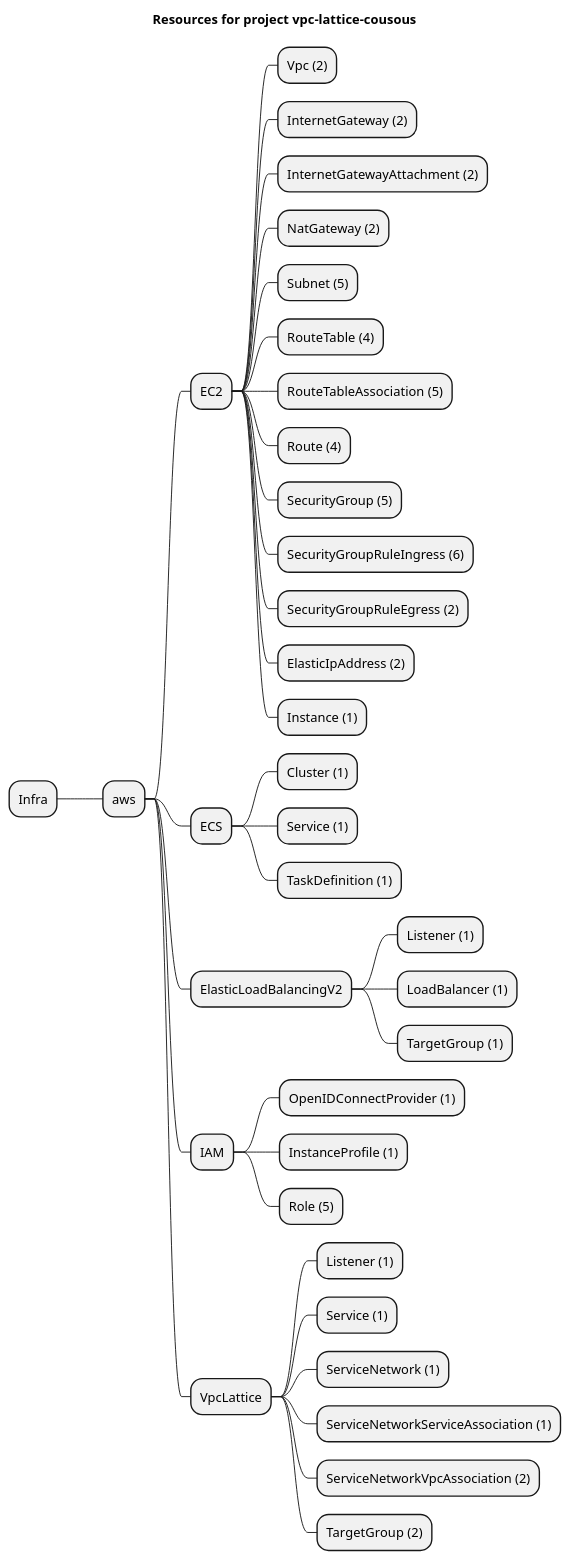
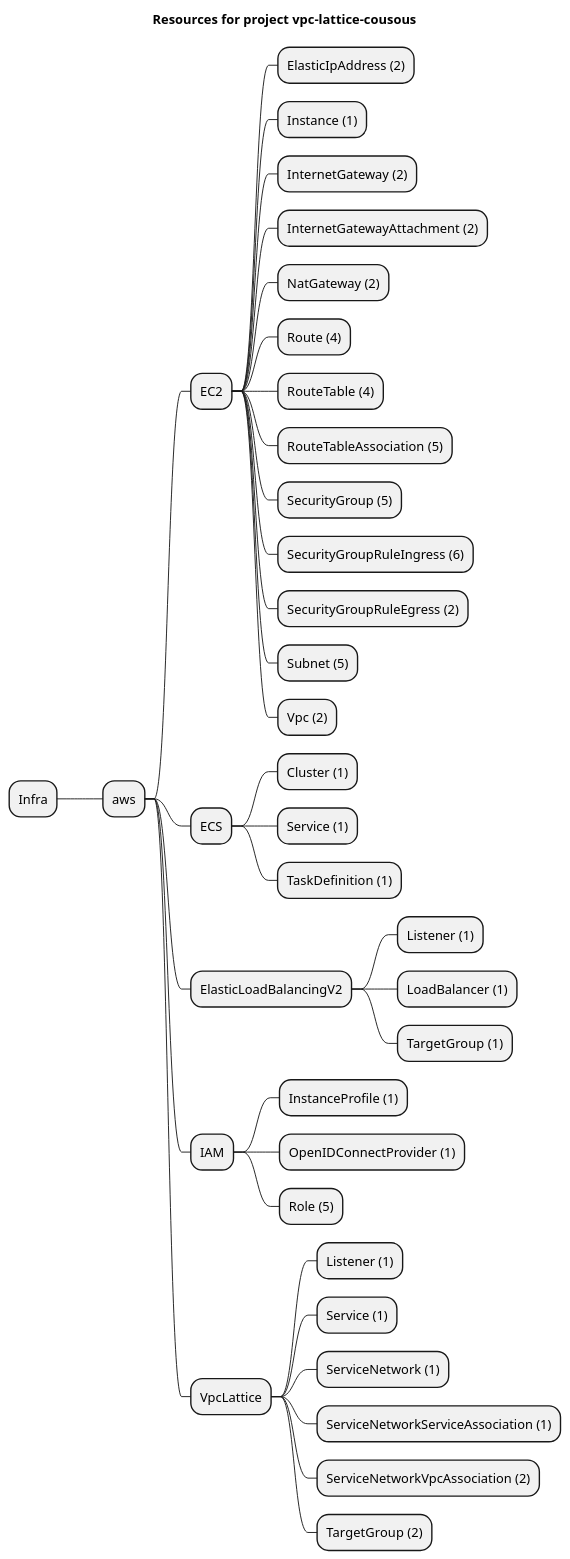
Before and after one commit to grucloud/grucloud: the diagram in examples/aws/VpcLattice/vpc-lattice-cousous/artifacts/resources-mindmap.puml, drawn with PlantUML. The commit also changed other lines of this file and 49 other files, not shown here.

```diff
--- a/examples/aws/VpcLattice/vpc-lattice-cousous/artifacts/resources-mindmap.puml
+++ b/examples/aws/VpcLattice/vpc-lattice-cousous/artifacts/resources-mindmap.puml
@@ -1,39 +1,39 @@
 @startmindmap
 title Resources for project vpc-lattice-cousous
 skinparam monochrome true
 + Infra
 ++ aws
 +++ EC2
-++++ Vpc (2)
+++++ ElasticIpAddress (2)
+++++ Instance (1)
 ++++ InternetGateway (2)
 ++++ InternetGatewayAttachment (2)
 ++++ NatGateway (2)
-++++ Subnet (5)
+++++ Route (4)
 ++++ RouteTable (4)
 ++++ RouteTableAssociation (5)
-++++ Route (4)
 ++++ SecurityGroup (5)
 ++++ SecurityGroupRuleIngress (6)
 ++++ SecurityGroupRuleEgress (2)
-++++ ElasticIpAddress (2)
-++++ Instance (1)
+++++ Subnet (5)
+++++ Vpc (2)
 +++ ECS
 ++++ Cluster (1)
 ++++ Service (1)
 ++++ TaskDefinition (1)
 +++ ElasticLoadBalancingV2
 ++++ Listener (1)
 ++++ LoadBalancer (1)
 ++++ TargetGroup (1)
 +++ IAM
+++++ InstanceProfile (1)
 ++++ OpenIDConnectProvider (1)
-++++ InstanceProfile (1)
 ++++ Role (5)
 +++ VpcLattice
 ++++ Listener (1)
 ++++ Service (1)
 ++++ ServiceNetwork (1)
 ++++ ServiceNetworkServiceAssociation (1)
 ++++ ServiceNetworkVpcAssociation (2)
 ++++ TargetGroup (2)
 @endmindmap
```
